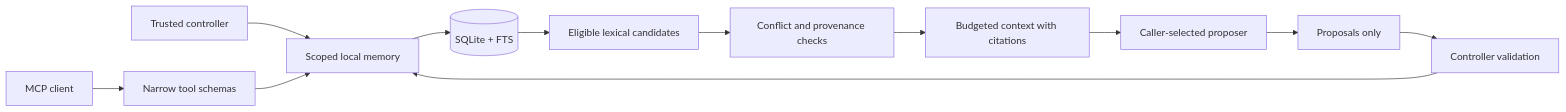
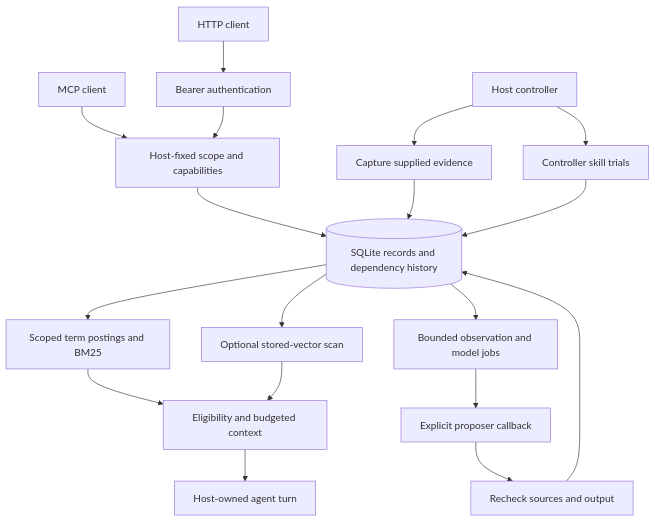
The diagram in ARCHITECTURE.md (28naem-del/mnemosyne), drawn with Mermaid before and after one commit. The commit also changed other lines of this file and 27 other files, not shown here.

````diff
--- a/ARCHITECTURE.md
+++ b/ARCHITECTURE.md
@@ -7,14 +7,20 @@
 ```mermaid
-flowchart LR
-  A[Trusted controller] --> B[Scoped local memory]
-  C[MCP client] --> D[Narrow tool schemas]
-  D --> B
-  B --> E[(SQLite + FTS)]
-  E --> F[Eligible lexical candidates]
-  F --> G[Conflict and provenance checks]
-  G --> H[Budgeted context with citations]
-  H --> I[Caller-selected proposer]
-  I --> J[Proposals only]
-  J --> K[Controller validation]
-  K --> B
+flowchart TD
+  Host[Host controller] --> Capture[Capture supplied evidence]
+  MCP[MCP client] --> Scope[Host-fixed scope and capabilities]
+  HTTP[HTTP client] --> Auth[Bearer authentication]
+  Auth --> Scope
+  Scope --> Store
+  Capture --> Store[(SQLite records and dependency history)]
+  Store --> Lexical[Scoped term postings and BM25]
+  Store --> Dense[Optional stored-vector scan]
+  Lexical --> Context[Eligibility and budgeted context]
+  Dense --> Context
+  Context --> Agent[Host-owned agent turn]
+  Store --> Jobs[Bounded observation and model jobs]
+  Jobs --> Proposal[Explicit proposer callback]
+  Proposal --> Validate[Recheck sources and output]
+  Validate --> Store
+  Host --> Trials[Controller skill trials]
+  Trials --> Store
 ```
````
